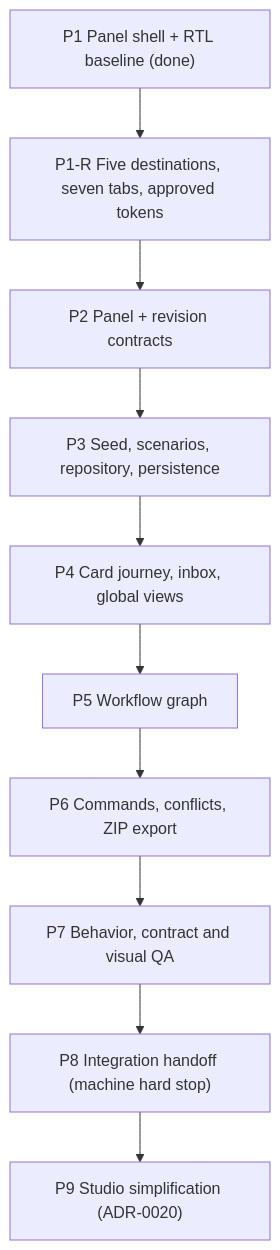
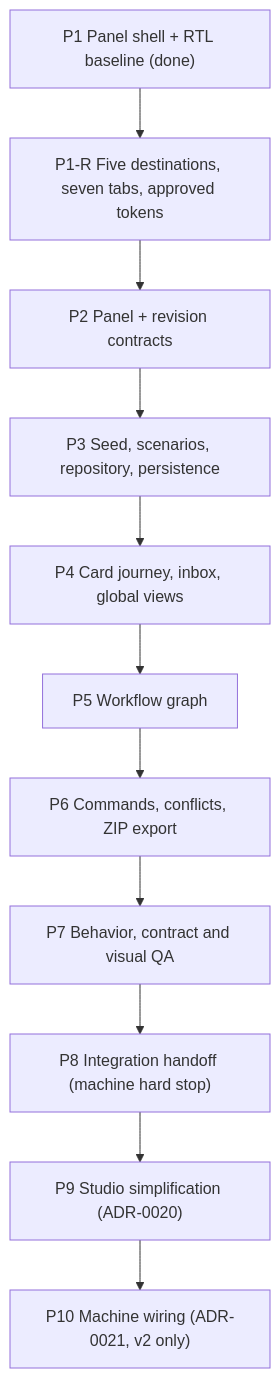
The diagram in docs/tickets/README.md (Nimboflash/final-support-drop), drawn with Mermaid before and after one commit. The commit also changed other lines of this file and 1 other file, not shown here.

````diff
--- a/docs/tickets/README.md
+++ b/docs/tickets/README.md
@@ -78,23 +80,25 @@
 ```mermaid
 graph TD
   P1["P1 Panel shell + RTL baseline (done)"]
   P1R["P1-R Five destinations, seven tabs, approved tokens"]
   P2["P2 Panel + revision contracts"]
   P3["P3 Seed, scenarios, repository, persistence"]
   P4["P4 Card journey, inbox, global views"]
   P5["P5 Workflow graph"]
   P6["P6 Commands, conflicts, ZIP export"]
   P7["P7 Behavior, contract and visual QA"]
   P8["P8 Integration handoff (machine hard stop)"]
   P9["P9 Studio simplification (ADR-0020)"]
+  P10["P10 Machine wiring (ADR-0021, v2 only)"]
 
   P1 --> P1R
   P1R --> P2
   P2 --> P3
   P3 --> P4
   P4 --> P5
   P5 --> P6
   P6 --> P7
   P7 --> P8
   P8 --> P9
+  P9 --> P10
 ```
````
